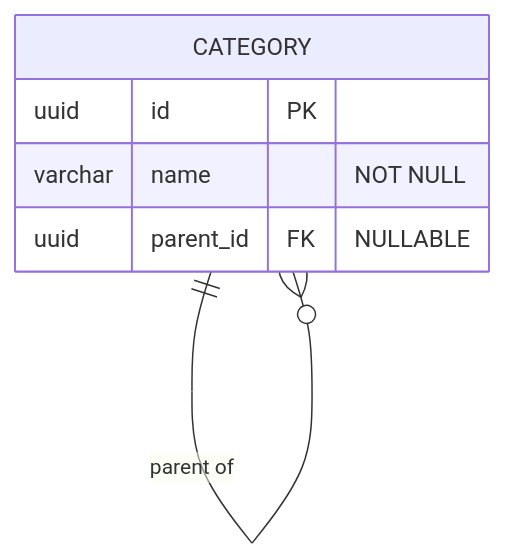
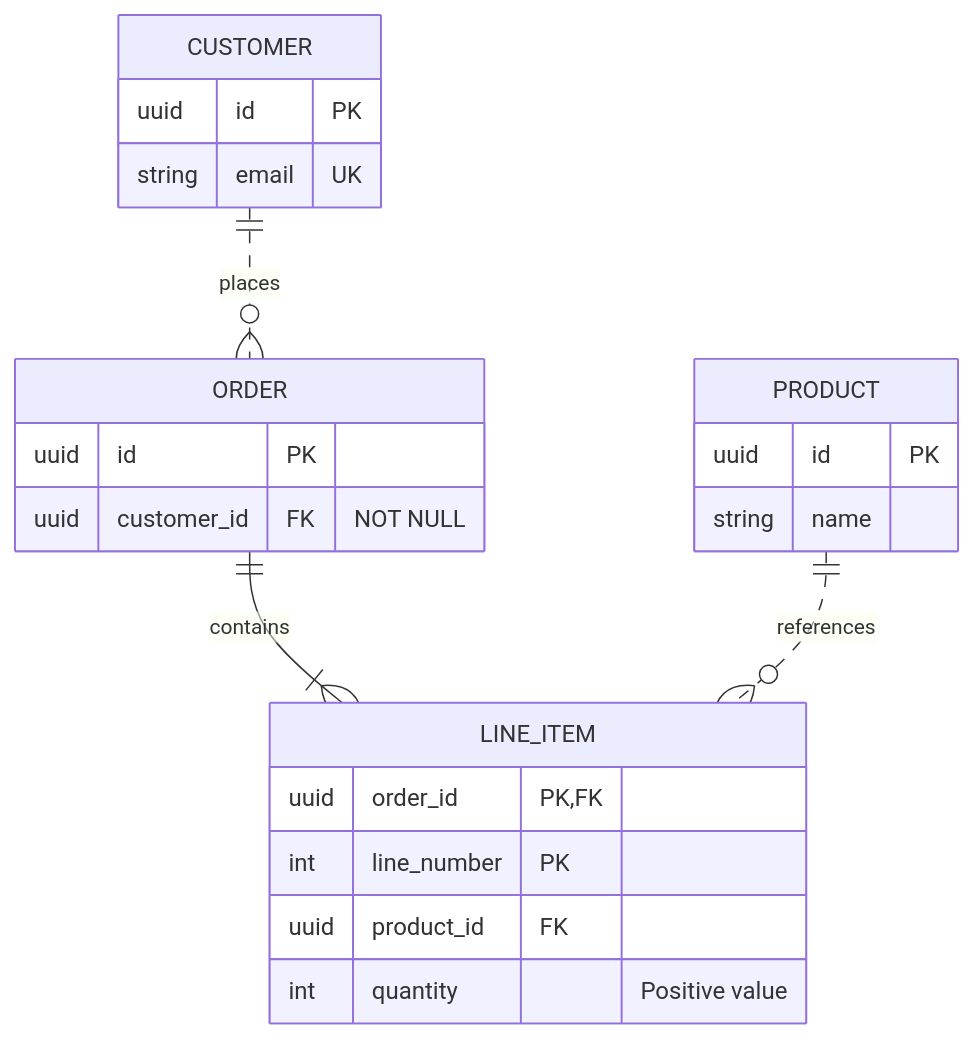
The first of 2 diagrams in skills/mermaid-diagrams/references/erd-diagrams.md (YongKyeom/agentic_engineering_settings), drawn with Mermaid before and after one commit. The commit also changed other lines of this file and 15 other files, not shown here.

````diff
--- a/skills/mermaid-diagrams/references/erd-diagrams.md
+++ b/skills/mermaid-diagrams/references/erd-diagrams.md
@@ -411,10 +18,24 @@
 ```mermaid
 erDiagram
-    CATEGORY ||--o{ CATEGORY : "parent of"
-    
-    CATEGORY {
+    CUSTOMER ||..o{ ORDER : places
+    ORDER ||--|{ LINE_ITEM : contains
+    PRODUCT ||..o{ LINE_ITEM : references
+    CUSTOMER {
         uuid id PK
-        varchar name "NOT NULL"
-        uuid parent_id FK "NULLABLE"
+        string email UK
+    }
+    ORDER {
+        uuid id PK
+        uuid customer_id FK "NOT NULL"
+    }
+    PRODUCT {
+        uuid id PK
+        string name
+    }
+    LINE_ITEM {
+        uuid order_id PK, FK
+        int line_number PK
+        uuid product_id FK
+        int quantity "Positive value"
     }
 ```
````
